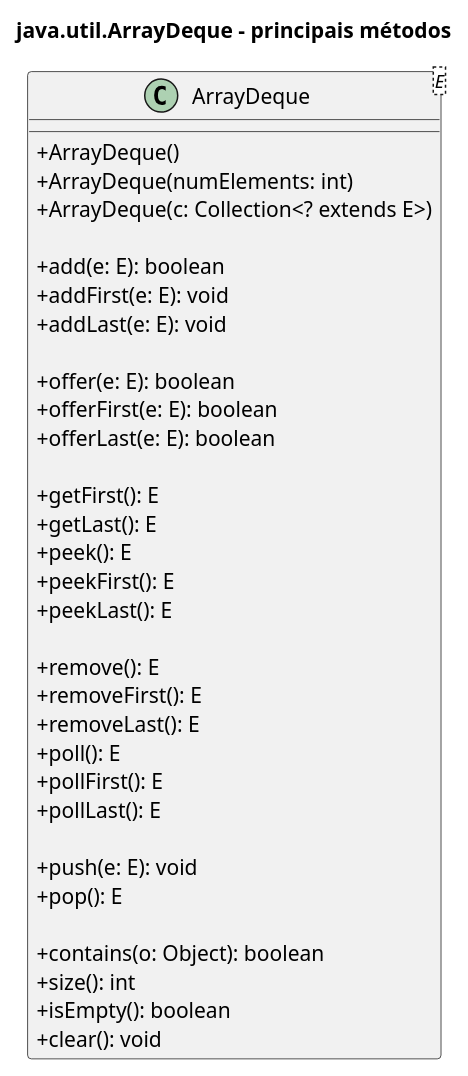
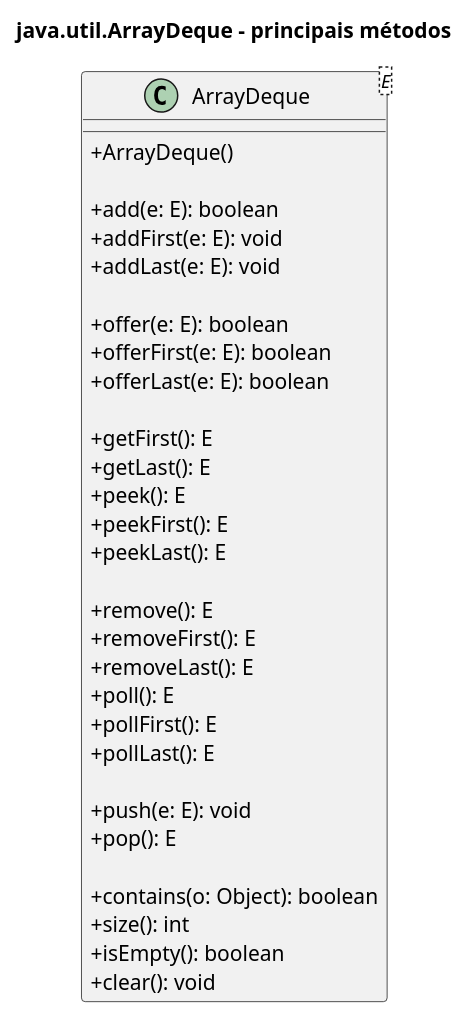
The diagram in subjects/poo/code/11-arraydeque-methods.puml (fabriciosantana/idp-marp-slides), drawn with PlantUML before and after one commit. The commit also changed 2 other files, not shown here.

```diff
--- a/subjects/poo/code/11-arraydeque-methods.puml
+++ b/subjects/poo/code/11-arraydeque-methods.puml
@@ -1,41 +1,39 @@
 @startuml
 title java.util.ArrayDeque - principais métodos
 
 skinparam classAttributeIconSize 0
 
 class "ArrayDeque<E>" as ArrayDeque {
   + ArrayDeque()
-  + ArrayDeque(numElements: int)
-  + ArrayDeque(c: Collection<? extends E>)
 
   + add(e: E): boolean
   + addFirst(e: E): void
   + addLast(e: E): void
 
   + offer(e: E): boolean
   + offerFirst(e: E): boolean
   + offerLast(e: E): boolean
 
   + getFirst(): E
   + getLast(): E
   + peek(): E
   + peekFirst(): E
   + peekLast(): E
 
   + remove(): E
   + removeFirst(): E
   + removeLast(): E
   + poll(): E
   + pollFirst(): E
   + pollLast(): E
 
   + push(e: E): void
   + pop(): E
 
   + contains(o: Object): boolean
   + size(): int
   + isEmpty(): boolean
   + clear(): void
 }
 
 @enduml
```
